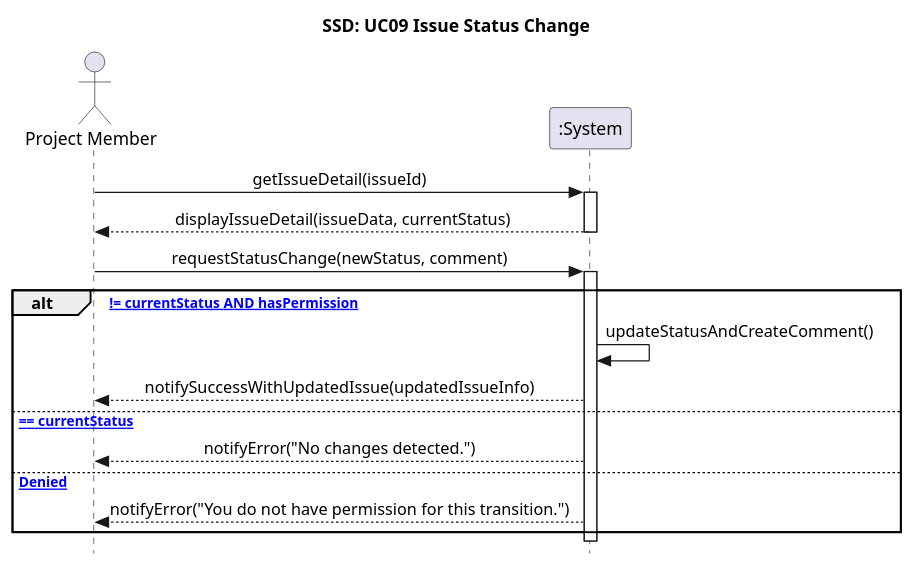
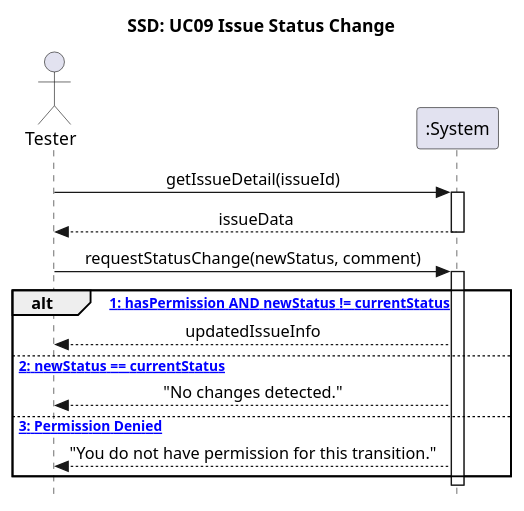
Before and after one commit to SoftwareEngineeringTeam10/SE-IssueTrackingSystem: the diagram in docs/analysis/ssd/ssd_uc09_issue_status_change.puml, drawn with PlantUML. The commit also changed 15 other files, not shown here.

Commit message:
feat : ui-swing 모듈 분리, 클래스 다이어그램+OC 수정, repository에 클래스 추가

```diff
--- a/docs/analysis/ssd/ssd_uc09_issue_status_change.puml
+++ b/docs/analysis/ssd/ssd_uc09_issue_status_change.puml
@@ -1,41 +1,36 @@
 @startuml
 skinparam style strictuml
 skinparam sequenceMessageAlign center
 
-actor "Project Member" as User
+actor "Tester" as User
 participant ":System" as System
 
 title SSD: UC09 Issue Status Change
 
 ' ----------------------------------------------------
-' [사전 단계] 이슈 정보 조회
+'  이슈 정보 조회
 ' ----------------------------------------------------
 User -> System : getIssueDetail(issueId)
 activate System
-System --> User : displayIssueDetail(issueData, currentStatus)
+System --> User : issueData
 deactivate System
 
 ' ----------------------------------------------------
-' [핵심 단계] 상태 변경 요청
+' 상태 변경 요청
 ' ----------------------------------------------------
 User -> System : requestStatusChange(newStatus, comment)
 activate System
 
-' alt 박스를 사용하여 성공과 실패 시나리오를 한꺼번에 표현
-alt [newStatus != currentStatus AND hasPermission]
-    ' 성공 케이스
-    System -> System : updateStatusAndCreateComment()
-    System --> User : notifySuccessWithUpdatedIssue(updatedIssueInfo)
+alt [Case 1: hasPermission AND newStatus != currentStatus]
+    System --> User : updatedIssueInfo
 
-else [newStatus == currentStatus]
-    ' 예외 케이스 1: 변경 사항 없음
-    System --> User : notifyError("No changes detected.")
+else [Case 2: newStatus == currentStatus]
+    System --> User : "No changes detected."
 
-else [Permission Denied]
-    ' 예외 케이스 2: 권한 부족 (예: 개발자가 Closed로 바꾸려 할 때)
-    System --> User : notifyError("You do not have permission for this transition.")
+else [Case 3: Permission Denied]
+    System --> User : "You do not have permission for this transition."
 end
 
 deactivate System
 
 @enduml
```
